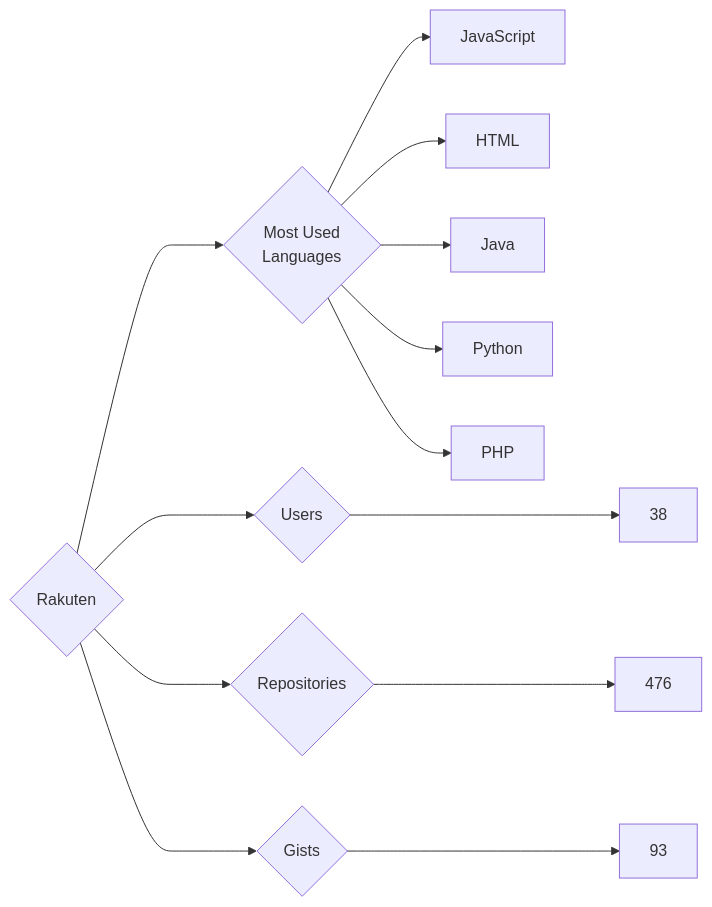
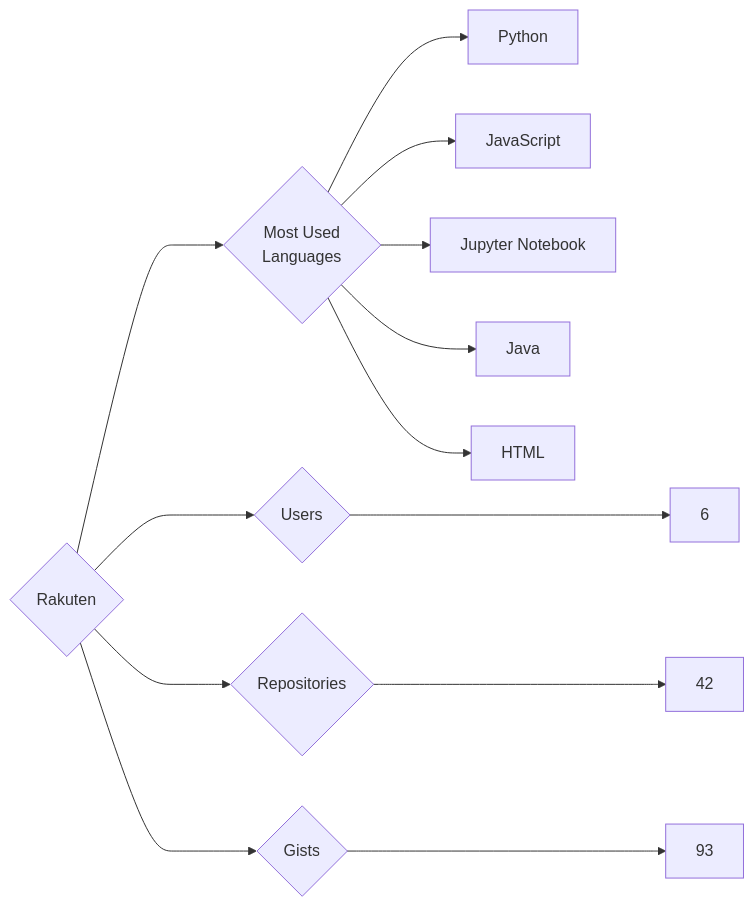
Before and after one commit to trickest/insiders: the diagram in targets/Rakuten/README.md, drawn with Mermaid. The commit also changed 797 other files, not shown here.

````diff
--- a/targets/Rakuten/README.md
+++ b/targets/Rakuten/README.md
@@ -3,13 +3,13 @@
 ```mermaid
 graph LR
 COMPANY_NAME{Rakuten}
-COMPANY_NAME ---> U{Users} ---> UN[38]
-COMPANY_NAME ---> R{Repositories} ---> RN[476]
+COMPANY_NAME ---> U{Users} ---> UN[6]
+COMPANY_NAME ---> R{Repositories} ---> RN[42]
 COMPANY_NAME ---> G{Gists} ---> GN[93]
 COMPANY_NAME ---> ML{Most Used<br>Languages}
+ML --> Python[Python]
 ML --> JavaScript[JavaScript]
+ML --> Jupyter_Notebook[Jupyter Notebook]
+ML --> Java[Java]
 ML --> HTML[HTML]
-ML --> Java[Java]
-ML --> Python[Python]
-ML --> PHP[PHP]
 ```
````
